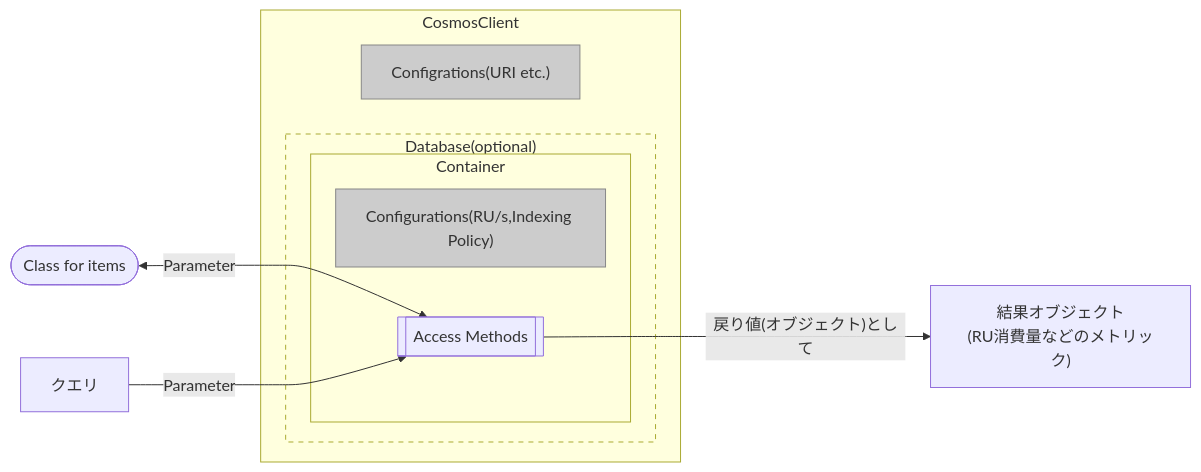
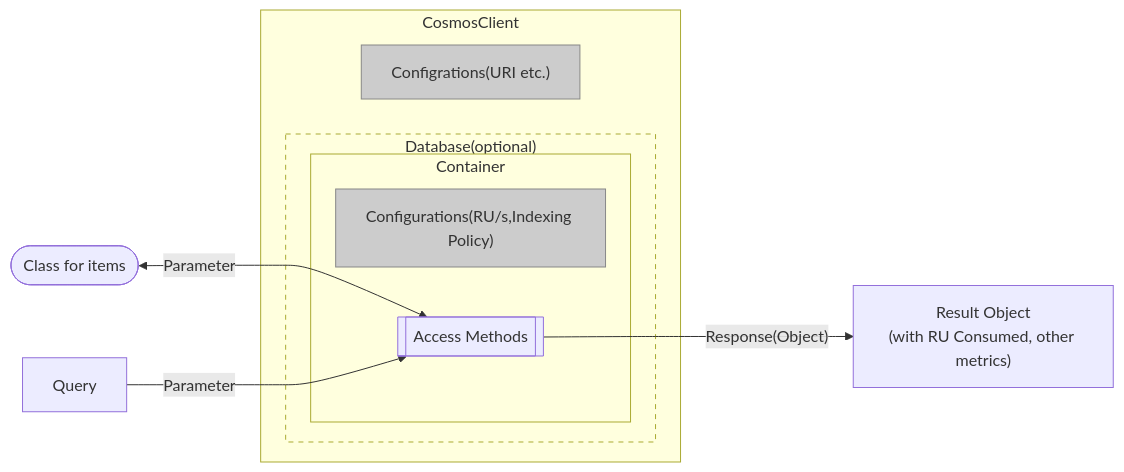
One commit to tahayaka-microsoft/CosmosDB-ChangeFeed-Functions changed the fifth of 5 diagrams in en/00_CosmosDB_Essential.md. Above: the diagram before and after it, drawn with Mermaid. The commit also changed other lines of this file, not shown here.

````diff
--- a/en/00_CosmosDB_Essential.md
+++ b/en/00_CosmosDB_Essential.md
@@ -472,20 +472,20 @@
 ```mermaid
 graph LR
     A([Class for items])
     subgraph s1["CosmosClient"]
         1["Configrations(URI etc.)"]
         subgraph s2["Database(optional)"]
             subgraph s3["Container"]
                 2["Configurations(RU/s,Indexing Policy)"]
                 B[[Access Methods]]
             end
         end
     end
     A<--Parameter-->B
-    D["クエリ"]--Parameter-->B
-    B--"戻り値(オブジェクト)として"-->C["結果オブジェクト
-(RU消費量などのメトリック)"]
+    D["Query"]--Parameter-->B
+    B--"Response(Object)"-->C["Result Object
+(with RU Consumed, other metrics)"]
 style s2 stroke-dasharray: 5 5
 style 1 fill:#CCC,stroke:#888
 style 2 fill:#CCC,stroke:#888
 ```
````
